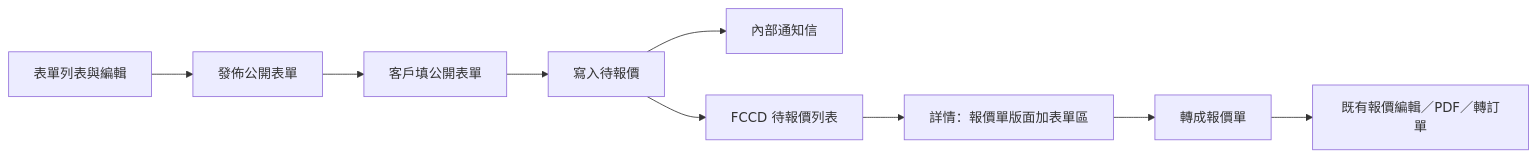
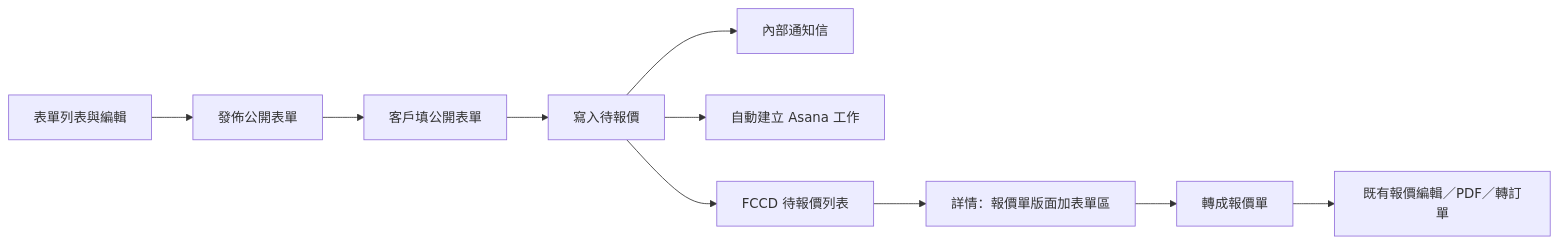
One commit to benjaken/fccd changed the diagram in docs/EMAIL_FORM_INQUIRY_PRD.md. Above: the diagram before and after it, drawn with Mermaid. The commit also changed other lines of this file, not shown here.

First line of the commit message:
docs: auto-create Asana task on enquiry submit

````diff
--- a/docs/EMAIL_FORM_INQUIRY_PRD.md
+++ b/docs/EMAIL_FORM_INQUIRY_PRD.md
@@ -17,11 +17,12 @@
 ```mermaid
 flowchart LR
   builder[表單列表與編輯] --> publish[發佈公開表單]
   publish --> customer[客戶填公開表單]
   customer --> save[寫入待報價]
   save --> mail[內部通知信]
+  save --> asana[自動建立 Asana 工作]
   save --> list[FCCD 待報價列表]
   list --> detail[詳情：報價單版面加表單區]
   detail --> convert[轉成報價單]
   convert --> quote[既有報價編輯／PDF／轉訂單]
 ```
````
